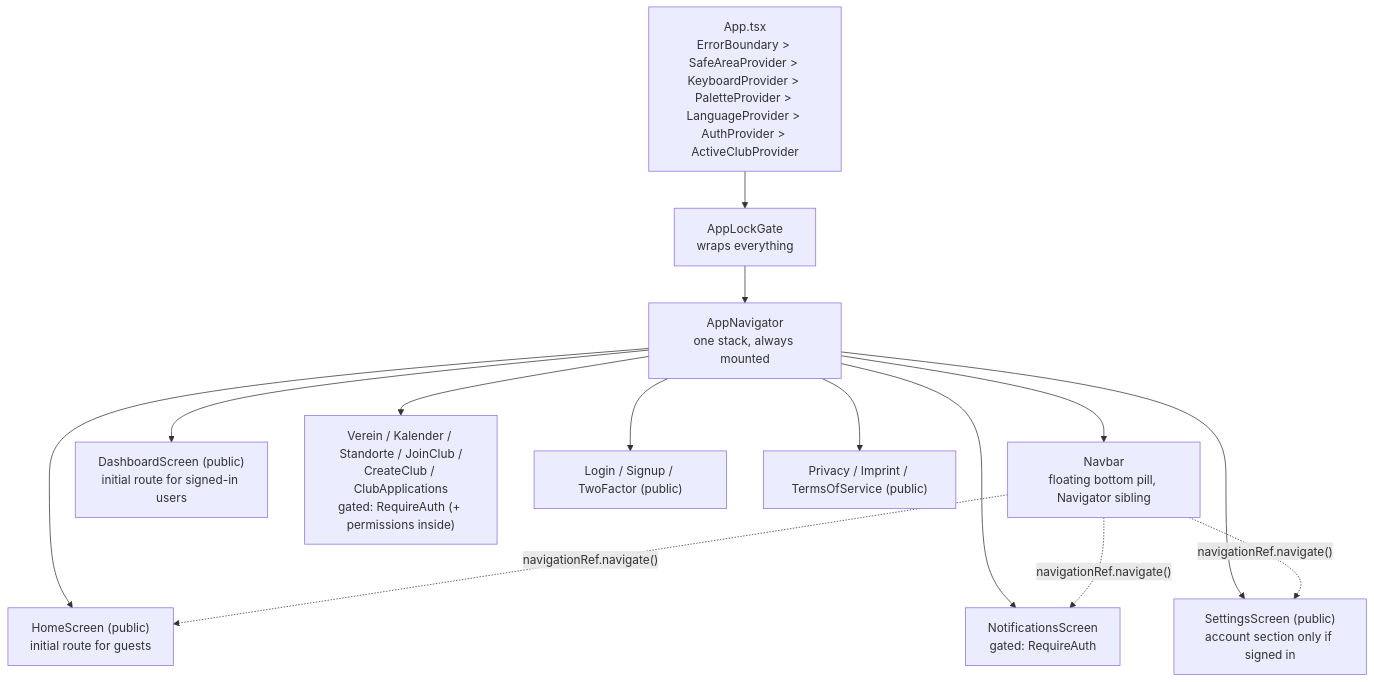
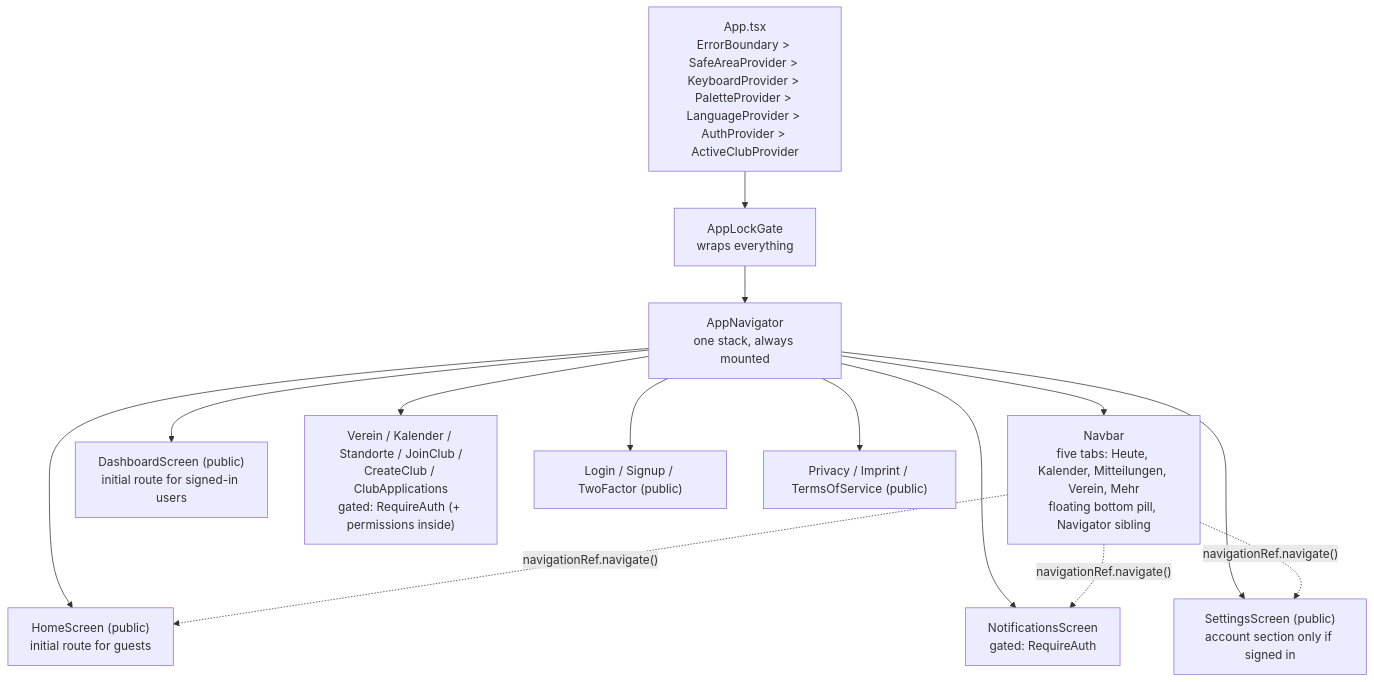
The first of 2 diagrams in README.md (makers-ev/myverein-mobile), drawn with Mermaid before and after one commit. The commit also changed other lines of this file and 22 other files, not shown here.

Commit message:
feat(nav): five-tab bar with Mehr, club search and Verwaltung inside Verein

````diff
--- a/README.md
+++ b/README.md
@@ -50,28 +50,28 @@
 ```mermaid
 flowchart TD
     App["App.tsx\nErrorBoundary > SafeAreaProvider > KeyboardProvider > PaletteProvider > LanguageProvider > AuthProvider > ActiveClubProvider"]
     Lock["AppLockGate\nwraps everything"]
     Nav["AppNavigator\none stack, always mounted"]
-    Bar["Navbar\nfloating bottom pill, Navigator sibling"]
+    Bar["Navbar\nfive tabs: Heute, Kalender, Mitteilungen, Verein, Mehr\nfloating bottom pill, Navigator sibling"]
     Home["HomeScreen (public)\ninitial route for guests"]
     Dash["DashboardScreen (public)\ninitial route for signed-in users"]
     Notif["NotificationsScreen\ngated: RequireAuth"]
     Club["Verein / Kalender / Standorte / JoinClub /\nCreateClub / ClubApplications\ngated: RequireAuth (+ permissions inside)"]
     Login["Login / Signup / TwoFactor (public)"]
     Settings["SettingsScreen (public)\naccount section only if signed in"]
     Legal["Privacy / Imprint / TermsOfService (public)"]
 
     App --> Lock
     Lock --> Nav
     Nav --> Bar
     Nav --> Home
     Nav --> Dash
     Nav --> Notif
     Nav --> Club
     Nav --> Login
     Nav --> Settings
     Nav --> Legal
     Bar -.->|"navigationRef.navigate()"| Home
     Bar -.->|"navigationRef.navigate()"| Notif
     Bar -.->|"navigationRef.navigate()"| Settings
 ```
````
